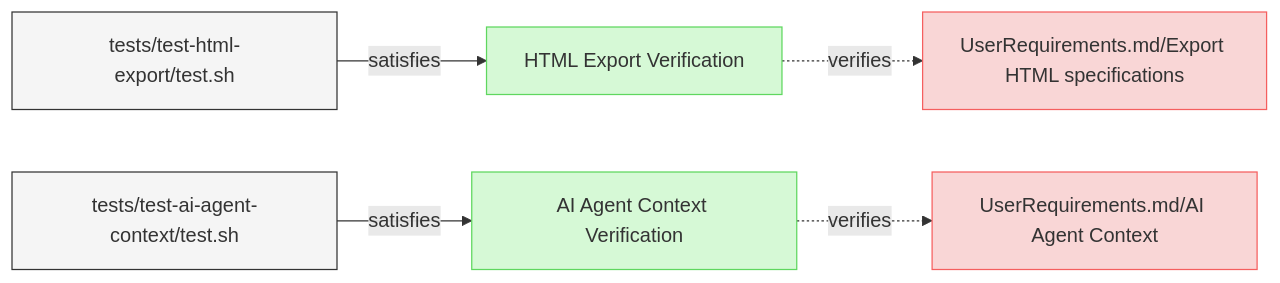
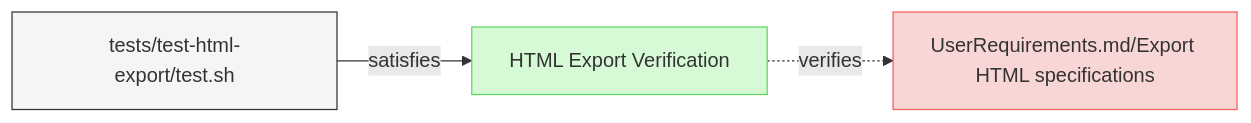
One commit to reqvire-org/reqvire changed the diagram in specifications/Verifications/Misc.md. Above: the diagram before and after it, drawn with Mermaid. The commit also changed other lines of this file and 37 other files, not shown here.

Commit message:
Allow diagrams with blobs links when configured.

````diff
--- a/specifications/Verifications/Misc.md
+++ b/specifications/Verifications/Misc.md
@@ -6,31 +6,20 @@
 ```mermaid
 graph LR;
   %% Graph styling
   classDef requirement fill:#f9d6d6,stroke:#f55f5f,stroke-width:1px;
   classDef verification fill:#d6f9d6,stroke:#5fd75f,stroke-width:1px;
   classDef externalLink fill:#d0e0ff,stroke:#3080ff,stroke-width:1px;
   classDef default fill:#f5f5f5,stroke:#333333,stroke-width:1px;
 
-  ee855bb5e5d1f05b["HTML Export Verification"];
-  click ee855bb5e5d1f05b "Misc.md#html-export-verification";
-  class ee855bb5e5d1f05b verification;
-  d9686a154fe87b2["UserRequirements.md/Export HTML specifications"];
-  class d9686a154fe87b2 requirement;
-  click d9686a154fe87b2 "../UserRequirements.md#export-html-specifications";
-  ee855bb5e5d1f05b -.->|verifies| d9686a154fe87b2;
-  ca710f5a0e5dfc5d["tests/test-html-export/test.sh"];
-  class ca710f5a0e5dfc5d default;
-  click ca710f5a0e5dfc5d "../../tests/test-html-export/test.sh";
-  ca710f5a0e5dfc5d -->|satisfies| ee855bb5e5d1f05b;
-  3c6410e3387503c0["AI Agent Context Verification"];
-  click 3c6410e3387503c0 "Misc.md#ai-agent-context-verification";
-  class 3c6410e3387503c0 verification;
-  7fd9156eac77c270["UserRequirements.md/AI Agent Context"];
-  class 7fd9156eac77c270 requirement;
-  click 7fd9156eac77c270 "../UserRequirements.md#ai-agent-context";
-  3c6410e3387503c0 -.->|verifies| 7fd9156eac77c270;
-  6dc663bb31c3eb65["tests/test-ai-agent-context/test.sh"];
-  class 6dc663bb31c3eb65 default;
-  click 6dc663bb31c3eb65 "../../tests/test-ai-agent-context/test.sh";
-  6dc663bb31c3eb65 -->|satisfies| 3c6410e3387503c0;
+  14ef985b9a43174e["HTML Export Verification"];
+  click 14ef985b9a43174e "specifications/Verifications/Misc.md#html-export-verification#html-export-verification";
+  class 14ef985b9a43174e verification;
+  a4c40962cac85d0c["UserRequirements.md/Export HTML specifications"];
+  class a4c40962cac85d0c requirement;
+  click a4c40962cac85d0c "specifications/UserRequirements.md#export-html-specifications#export-html-specifications";
+  14ef985b9a43174e -.->|verifies| a4c40962cac85d0c;
+  8899a52ea9866d8b["tests/test-html-export/test.sh"];
+  class 8899a52ea9866d8b default;
+  click 8899a52ea9866d8b "tests/test-html-export/test.sh";
+  8899a52ea9866d8b -->|satisfies| 14ef985b9a43174e;
 ```
````
